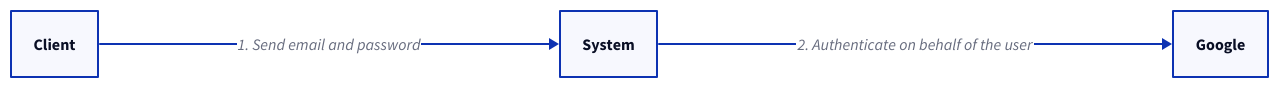
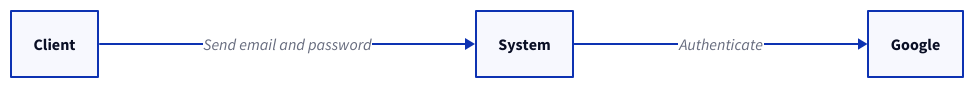
The ninth of 26 diagrams in content/docs/system-administration/system-protection/iam.md (link1905/system-design-101), drawn with D2 before and after one commit. The commit also changed other lines of this file and 21 other files, not shown here.

````diff
--- a/content/docs/system-administration/system-protection/iam.md
+++ b/content/docs/system-administration/system-protection/iam.md
@@ -380,15 +392,15 @@
 ```d2
 direction: right
 s: System {
     class: server
 }
 i: Google {
     class: google
 }
 c: Client {
     class: client
 }
 
-c -> s: "1. Send email and password"
-s -> i: "2. Authenticate on behalf of the user"
+c -> s: "Send email and password"
+s -> i: "Authenticate"
 ```
````
